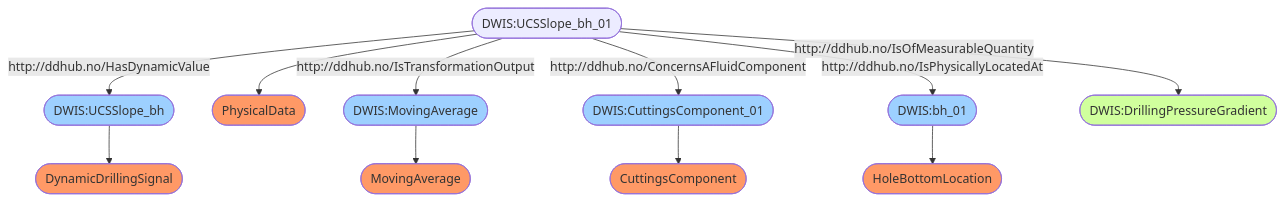
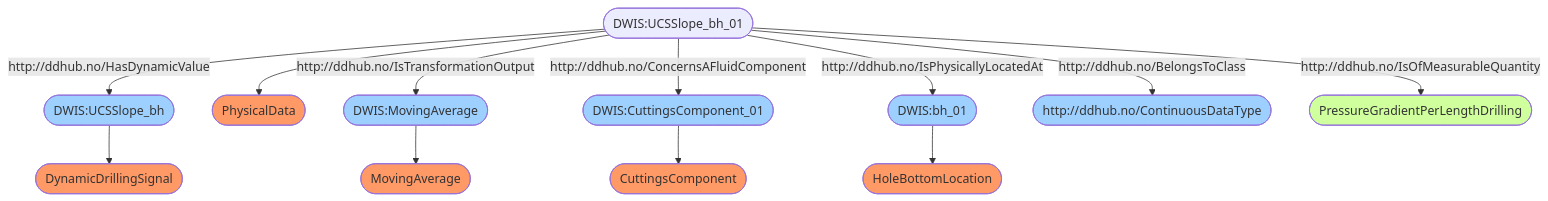
Before and after one commit to D-WIS/MicroStateEngine: the second of 2 diagrams in DWIS.MicroState.Semantic.RealtimeSignal/SemanticGraphsUCS.md, drawn with Mermaid. The commit also changed other lines of this file and 5 other files, not shown here.

````diff
--- a/DWIS.MicroState.Semantic.RealtimeSignal/SemanticGraphsUCS.md
+++ b/DWIS.MicroState.Semantic.RealtimeSignal/SemanticGraphsUCS.md
@@ -21,17 +22,18 @@
 ```mermaid
 flowchart TD
 	 classDef typeClass fill:#f96;
 	 classDef classClass fill:#9dd0ff;
 	 classDef opcClass fill:#ff9dd0;
 	 classDef quantityClass fill:#d0ff9d;
 	DWIS:UCSSlope_bh([DWIS:UCSSlope_bh]) --> DynamicDrillingSignal([DynamicDrillingSignal]):::typeClass
 	DWIS:UCSSlope_bh_01([DWIS:UCSSlope_bh_01]) --> PhysicalData([PhysicalData]):::typeClass
 	DWIS:MovingAverage([DWIS:MovingAverage]) --> MovingAverage([MovingAverage]):::typeClass
 	DWIS:CuttingsComponent_01([DWIS:CuttingsComponent_01]) --> CuttingsComponent([CuttingsComponent]):::typeClass
 	DWIS:bh_01([DWIS:bh_01]) --> HoleBottomLocation([HoleBottomLocation]):::typeClass
+	DWIS:UCSSlope_bh_01([DWIS:UCSSlope_bh_01]) -- http://ddhub.no/BelongsToClass --> http://ddhub.no/ContinuousDataType([http://ddhub.no/ContinuousDataType]):::classClass
 	DWIS:UCSSlope_bh_01([DWIS:UCSSlope_bh_01]) -- http://ddhub.no/HasDynamicValue --> DWIS:UCSSlope_bh([DWIS:UCSSlope_bh]):::classClass
-	DWIS:UCSSlope_bh_01([DWIS:UCSSlope_bh_01]) -- http://ddhub.no/IsOfMeasurableQuantity --> DWIS:DrillingPressureGradient([DWIS:DrillingPressureGradient]):::quantityClass
+	DWIS:UCSSlope_bh_01([DWIS:UCSSlope_bh_01]) -- http://ddhub.no/IsOfMeasurableQuantity --> PressureGradientPerLengthDrilling([PressureGradientPerLengthDrilling]):::quantityClass
 	DWIS:UCSSlope_bh_01([DWIS:UCSSlope_bh_01]) -- http://ddhub.no/IsTransformationOutput --> DWIS:MovingAverage([DWIS:MovingAverage]):::classClass
 	DWIS:UCSSlope_bh_01([DWIS:UCSSlope_bh_01]) -- http://ddhub.no/ConcernsAFluidComponent --> DWIS:CuttingsComponent_01([DWIS:CuttingsComponent_01]):::classClass
 	DWIS:UCSSlope_bh_01([DWIS:UCSSlope_bh_01]) -- http://ddhub.no/IsPhysicallyLocatedAt --> DWIS:bh_01([DWIS:bh_01]):::classClass
 ```
````
